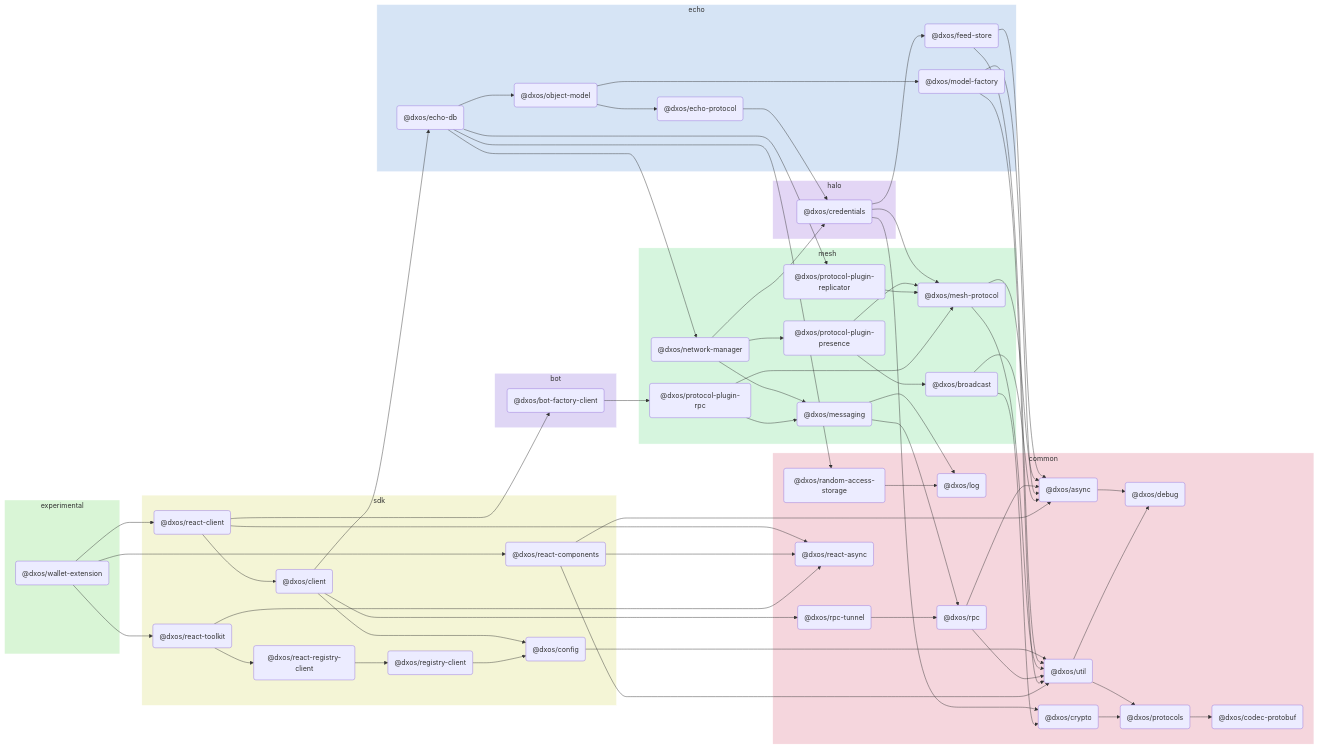
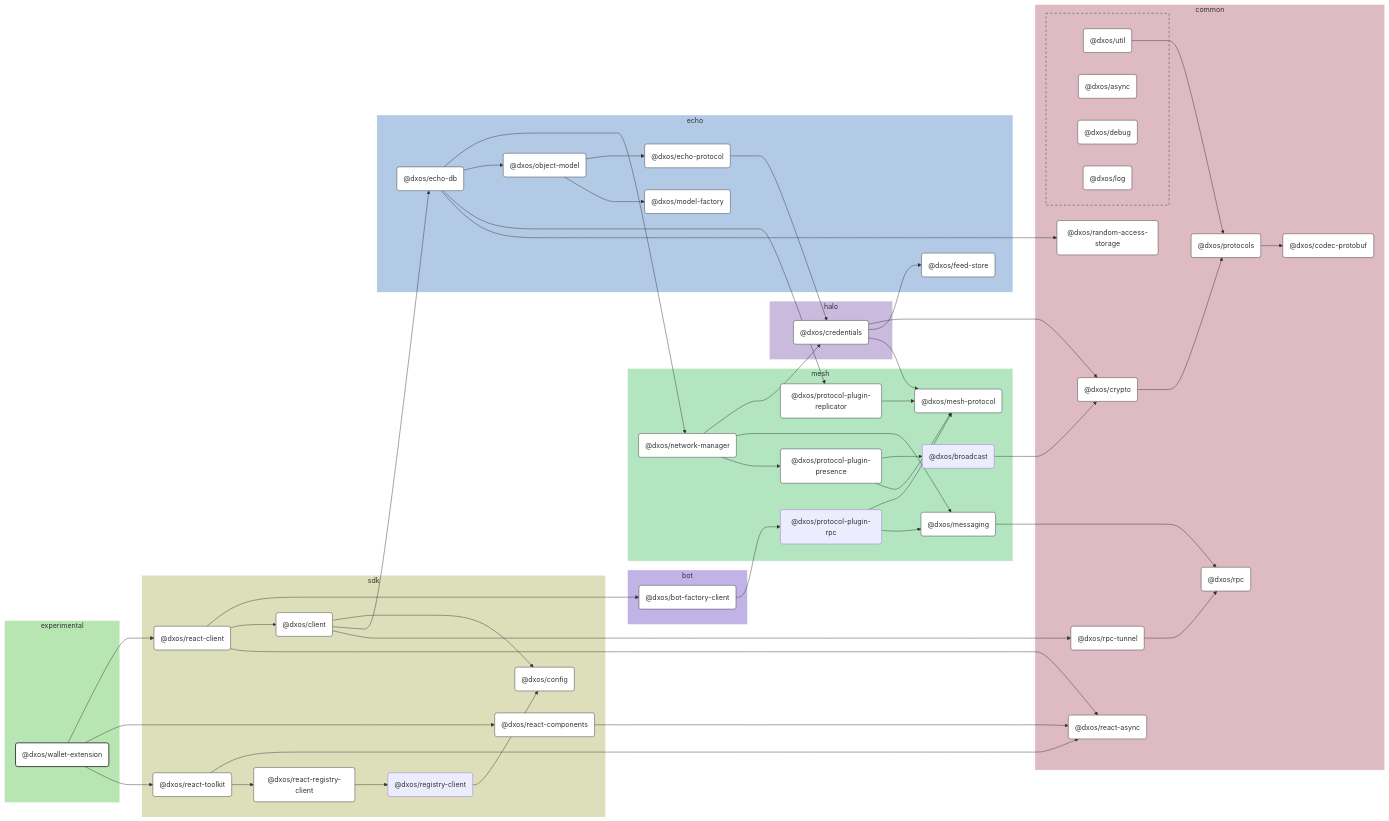
One commit to dxos/dxos changed the diagram in apps/experimental/wallet-extension/docs/README.md. Above: the diagram before and after it, drawn with Mermaid. The commit also changed other lines of this file and 109 other files, not shown here.

````diff
--- a/apps/experimental/wallet-extension/docs/README.md
+++ b/apps/experimental/wallet-extension/docs/README.md
@@ -5,120 +7,189 @@
 ```mermaid
-flowchart LR;
+%%{ init: {'flowchart':{'curve':'basis'}} }%%
 
+flowchart LR
+
+%% Links
+dxos/bot-factory-client --> dxos/protocol-plugin-rpc;
+dxos/broadcast --> dxos/crypto;
+dxos/client --> dxos/config;
+dxos/client --> dxos/echo-db;
+dxos/client --> dxos/rpc-tunnel;
+dxos/credentials --> dxos/crypto;
+dxos/credentials --> dxos/feed-store;
+dxos/credentials --> dxos/mesh-protocol;
+dxos/crypto --> dxos/protocols;
+dxos/echo-db --> dxos/network-manager;
+dxos/echo-db --> dxos/object-model;
+dxos/echo-db --> dxos/protocol-plugin-replicator;
+dxos/echo-db --> dxos/random-access-storage;
+dxos/echo-protocol --> dxos/credentials;
+dxos/messaging --> dxos/rpc;
+dxos/network-manager --> dxos/credentials;
+dxos/network-manager --> dxos/messaging;
+dxos/network-manager --> dxos/protocol-plugin-presence;
+dxos/object-model --> dxos/echo-protocol;
+dxos/object-model --> dxos/model-factory;
+dxos/protocol-plugin-presence --> dxos/broadcast;
+dxos/protocol-plugin-presence --> dxos/mesh-protocol;
+dxos/protocol-plugin-replicator --> dxos/mesh-protocol;
+dxos/protocol-plugin-rpc --> dxos/mesh-protocol;
+dxos/protocol-plugin-rpc --> dxos/messaging;
+dxos/protocols --> dxos/codec-protobuf;
+dxos/react-client --> dxos/bot-factory-client;
+dxos/react-client --> dxos/client;
+dxos/react-client --> dxos/react-async;
+dxos/react-components --> dxos/react-async;
+dxos/react-registry-client --> dxos/registry-client;
+dxos/react-toolkit --> dxos/react-async;
+dxos/react-toolkit --> dxos/react-registry-client;
+dxos/registry-client --> dxos/config;
+dxos/rpc-tunnel --> dxos/rpc;
+dxos/util --> dxos/protocols;
+dxos/wallet-extension --> dxos/react-client;
+dxos/wallet-extension --> dxos/react-components;
+dxos/wallet-extension --> dxos/react-toolkit;
+
+%% Sections
 subgraph experimental
-  style experimental fill:#d9f5d6,stroke:#fff;
-  dxos/wallet-extension("@dxos/wallet-extension");
+  style experimental fill:#b8e6b3,stroke:#fff;
+
+  dxos/wallet-extension("@dxos/wallet-extension")
 end
 
 subgraph common
-  style common fill:#f5d6dd,stroke:#fff;
-  dxos/async("@dxos/async");
-  dxos/debug("@dxos/debug");
-  dxos/codec-protobuf("@dxos/codec-protobuf");
-  dxos/protocols("@dxos/protocols");
-  dxos/util("@dxos/util");
-  dxos/log("@dxos/log");
-  dxos/crypto("@dxos/crypto");
-  dxos/rpc("@dxos/rpc");
-  dxos/random-access-storage("@dxos/random-access-storage");
-  dxos/rpc-tunnel("@dxos/rpc-tunnel");
-  dxos/react-async("@dxos/react-async");
+  style common fill:#debac2,stroke:#fff;
+
+  dxos/codec-protobuf("@dxos/codec-protobuf")
+  dxos/crypto("@dxos/crypto")
+  dxos/protocols("@dxos/protocols")
+  dxos/random-access-storage("@dxos/random-access-storage")
+  dxos/react-async("@dxos/react-async")
+  dxos/rpc("@dxos/rpc")
+  dxos/rpc-tunnel("@dxos/rpc-tunnel")
+
+  subgraph common-excluded [ ]
+    style common-excluded fill:#debac2,stroke:#333,stroke-dasharray:5 5;
+
+    dxos/async("@dxos/async")
+    dxos/debug("@dxos/debug")
+    dxos/log("@dxos/log")
+    dxos/util("@dxos/util")
+  end
 end
 
 subgraph sdk
-  style sdk fill:#f4f5d6,stroke:#fff;
-  dxos/client("@dxos/client");
-  dxos/config("@dxos/config");
-  dxos/react-client("@dxos/react-client");
-  dxos/react-components("@dxos/react-components");
-  dxos/react-toolkit("@dxos/react-toolkit");
-  dxos/react-registry-client("@dxos/react-registry-client");
-  dxos/registry-client("@dxos/registry-client");
+  style sdk fill:#dddeba,stroke:#fff;
+
+  dxos/client("@dxos/client")
+  dxos/config("@dxos/config")
+  dxos/react-client("@dxos/react-client")
+  dxos/react-components("@dxos/react-components")
+  dxos/react-registry-client("@dxos/react-registry-client")
+  dxos/react-toolkit("@dxos/react-toolkit")
+  dxos/registry-client("@dxos/registry-client")
 end
 
 subgraph echo
-  style echo fill:#d6e4f5,stroke:#fff;
-  dxos/echo-db("@dxos/echo-db");
-  dxos/feed-store("@dxos/feed-store");
-  dxos/echo-protocol("@dxos/echo-protocol");
-  dxos/model-factory("@dxos/model-factory");
-  dxos/object-model("@dxos/object-model");
+  style echo fill:#b3cae6,stroke:#fff;
+
+  dxos/echo-db("@dxos/echo-db")
+  dxos/echo-protocol("@dxos/echo-protocol")
+  dxos/feed-store("@dxos/feed-store")
+  dxos/model-factory("@dxos/model-factory")
+  dxos/object-model("@dxos/object-model")
 end
 
 subgraph halo
-  style halo fill:#e3d6f5,stroke:#fff;
-  dxos/credentials("@dxos/credentials");
+  style halo fill:#cabade,stroke:#fff;
+
+  dxos/credentials("@dxos/credentials")
 end
 
 subgraph mesh
-  style mesh fill:#d6f5de,stroke:#fff;
-  dxos/mesh-protocol("@dxos/mesh-protocol");
-  dxos/messaging("@dxos/messaging");
-  dxos/network-manager("@dxos/network-manager");
-  dxos/protocol-plugin-presence("@dxos/protocol-plugin-presence");
-  dxos/broadcast("@dxos/broadcast");
-  dxos/protocol-plugin-replicator("@dxos/protocol-plugin-replicator");
-  dxos/protocol-plugin-rpc("@dxos/protocol-plugin-rpc");
+  style mesh fill:#b3e6c0,stroke:#fff;
+
+  dxos/broadcast("@dxos/broadcast")
+  dxos/mesh-protocol("@dxos/mesh-protocol")
+  dxos/messaging("@dxos/messaging")
+  dxos/network-manager("@dxos/network-manager")
+  dxos/protocol-plugin-presence("@dxos/protocol-plugin-presence")
+  dxos/protocol-plugin-replicator("@dxos/protocol-plugin-replicator")
+  dxos/protocol-plugin-rpc("@dxos/protocol-plugin-rpc")
 end
 
 subgraph bot
-  style bot fill:#dfd6f5,stroke:#fff;
-  dxos/bot-factory-client("@dxos/bot-factory-client");
+  style bot fill:#c2b3e6,stroke:#fff;
+
+  dxos/bot-factory-client("@dxos/bot-factory-client")
 end
 
-dxos/async --> dxos/debug;
-dxos/client --> dxos/config;
-dxos/protocols --> dxos/codec-protobuf;
-dxos/config --> dxos/util;
-dxos/util --> dxos/debug;
-dxos/util --> dxos/protocols;
-dxos/client --> dxos/echo-db;
-dxos/credentials --> dxos/crypto;
-dxos/crypto --> dxos/protocols;
-dxos/credentials --> dxos/feed-store;
-dxos/feed-store --> dxos/async;
-dxos/feed-store --> dxos/util;
-dxos/credentials --> dxos/mesh-protocol;
-dxos/mesh-protocol --> dxos/async;
-dxos/mesh-protocol --> dxos/util;
-dxos/echo-protocol --> dxos/credentials;
-dxos/messaging --> dxos/log;
-dxos/messaging --> dxos/rpc;
-dxos/rpc --> dxos/async;
-dxos/rpc --> dxos/util;
-dxos/model-factory --> dxos/async;
-dxos/model-factory --> dxos/util;
-dxos/echo-db --> dxos/network-manager;
-dxos/network-manager --> dxos/credentials;
-dxos/network-manager --> dxos/messaging;
-dxos/network-manager --> dxos/protocol-plugin-presence;
-dxos/protocol-plugin-presence --> dxos/broadcast;
-dxos/broadcast --> dxos/async;
-dxos/broadcast --> dxos/crypto;
-dxos/protocol-plugin-presence --> dxos/mesh-protocol;
-dxos/echo-db --> dxos/object-model;
-dxos/object-model --> dxos/echo-protocol;
-dxos/object-model --> dxos/model-factory;
-dxos/echo-db --> dxos/protocol-plugin-replicator;
-dxos/protocol-plugin-replicator --> dxos/mesh-protocol;
-dxos/echo-db --> dxos/random-access-storage;
-dxos/random-access-storage --> dxos/log;
-dxos/client --> dxos/rpc-tunnel;
-dxos/rpc-tunnel --> dxos/rpc;
-dxos/wallet-extension --> dxos/react-client;
-dxos/react-client --> dxos/bot-factory-client;
-dxos/bot-factory-client --> dxos/protocol-plugin-rpc;
-dxos/protocol-plugin-rpc --> dxos/messaging;
-dxos/protocol-plugin-rpc --> dxos/mesh-protocol;
-dxos/react-client --> dxos/client;
-dxos/react-client --> dxos/react-async;
-dxos/wallet-extension --> dxos/react-components;
-dxos/react-components --> dxos/async;
-dxos/react-components --> dxos/react-async;
-dxos/react-components --> dxos/util;
-dxos/wallet-extension --> dxos/react-toolkit;
-dxos/react-toolkit --> dxos/react-async;
-dxos/react-toolkit --> dxos/react-registry-client;
-dxos/react-registry-client --> dxos/registry-client;
-dxos/registry-client --> dxos/config;
+
+%% Hyperlinks
+click dxos/async href "https:/github.com/dxos/dxos/tree/main/packages/common/async/docs";
+click dxos/bot-factory-client href "https:/github.com/dxos/dxos/tree/main/packages/bot/bot-factory-client/docs";
+click dxos/client href "https:/github.com/dxos/dxos/tree/main/packages/sdk/client/docs";
+click dxos/codec-protobuf href "https:/github.com/dxos/dxos/tree/main/packages/common/codec-protobuf/docs";
+click dxos/config href "https:/github.com/dxos/dxos/tree/main/packages/sdk/config/docs";
+click dxos/credentials href "https:/github.com/dxos/dxos/tree/main/packages/halo/credentials/docs";
+click dxos/crypto href "https:/github.com/dxos/dxos/tree/main/packages/common/crypto/docs";
+click dxos/debug href "https:/github.com/dxos/dxos/tree/main/packages/common/debug/docs";
+click dxos/echo-db href "https:/github.com/dxos/dxos/tree/main/packages/echo/echo-db/docs";
+click dxos/echo-protocol href "https:/github.com/dxos/dxos/tree/main/packages/echo/echo-protocol/docs";
+click dxos/feed-store href "https:/github.com/dxos/dxos/tree/main/packages/echo/feed-store/docs";
+click dxos/log href "https:/github.com/dxos/dxos/tree/main/packages/common/log/docs";
+click dxos/mesh-protocol href "https:/github.com/dxos/dxos/tree/main/packages/mesh/mesh-protocol/docs";
+click dxos/messaging href "https:/github.com/dxos/dxos/tree/main/packages/mesh/messaging/docs";
+click dxos/model-factory href "https:/github.com/dxos/dxos/tree/main/packages/echo/model-factory/docs";
+click dxos/network-manager href "https:/github.com/dxos/dxos/tree/main/packages/mesh/network-manager/docs";
+click dxos/object-model href "https:/github.com/dxos/dxos/tree/main/packages/echo/object-model/docs";
+click dxos/protocol-plugin-presence href "https:/github.com/dxos/dxos/tree/main/packages/mesh/protocol-plugin-presence/docs";
+click dxos/protocol-plugin-replicator href "https:/github.com/dxos/dxos/tree/main/packages/mesh/protocol-plugin-replicator/docs";
+click dxos/protocols href "https:/github.com/dxos/dxos/tree/main/packages/common/protocols/docs";
+click dxos/random-access-storage href "https:/github.com/dxos/dxos/tree/main/packages/common/random-access-storage/docs";
+click dxos/react-async href "https:/github.com/dxos/dxos/tree/main/packages/common/react-async/docs";
+click dxos/react-client href "https:/github.com/dxos/dxos/tree/main/packages/sdk/react-client/docs";
+click dxos/react-components href "https:/github.com/dxos/dxos/tree/main/packages/sdk/react-components/docs";
+click dxos/react-registry-client href "https:/github.com/dxos/dxos/tree/main/packages/sdk/react-registry-client/docs";
+click dxos/react-toolkit href "https:/github.com/dxos/dxos/tree/main/packages/sdk/react-toolkit/docs";
+click dxos/rpc href "https:/github.com/dxos/dxos/tree/main/packages/common/rpc/docs";
+click dxos/rpc-tunnel href "https:/github.com/dxos/dxos/tree/main/packages/common/rpc-tunnel/docs";
+click dxos/util href "https:/github.com/dxos/dxos/tree/main/packages/common/util/docs";
+
+%% Styles
+classDef rootNode fill:#fff,stroke:#333,stroke-width:2px
+classDef defaultNode fill:#fff,stroke:#333,stroke-width:1px
+linkStyle default stroke:#333,stroke-width:1px
+
+dxos/wallet-extension:::rootNode
+
+dxos/async:::defaultNode
+dxos/bot-factory-client:::defaultNode
+dxos/client:::defaultNode
+dxos/codec-protobuf:::defaultNode
+dxos/config:::defaultNode
+dxos/credentials:::defaultNode
+dxos/crypto:::defaultNode
+dxos/debug:::defaultNode
+dxos/echo-db:::defaultNode
+dxos/echo-protocol:::defaultNode
+dxos/feed-store:::defaultNode
+dxos/log:::defaultNode
+dxos/mesh-protocol:::defaultNode
+dxos/messaging:::defaultNode
+dxos/model-factory:::defaultNode
+dxos/network-manager:::defaultNode
+dxos/object-model:::defaultNode
+dxos/protocol-plugin-presence:::defaultNode
+dxos/protocol-plugin-replicator:::defaultNode
+dxos/protocols:::defaultNode
+dxos/random-access-storage:::defaultNode
+dxos/react-async:::defaultNode
+dxos/react-client:::defaultNode
+dxos/react-components:::defaultNode
+dxos/react-registry-client:::defaultNode
+dxos/react-toolkit:::defaultNode
+dxos/rpc:::defaultNode
+dxos/rpc-tunnel:::defaultNode
+dxos/util:::defaultNode
 ```
````
